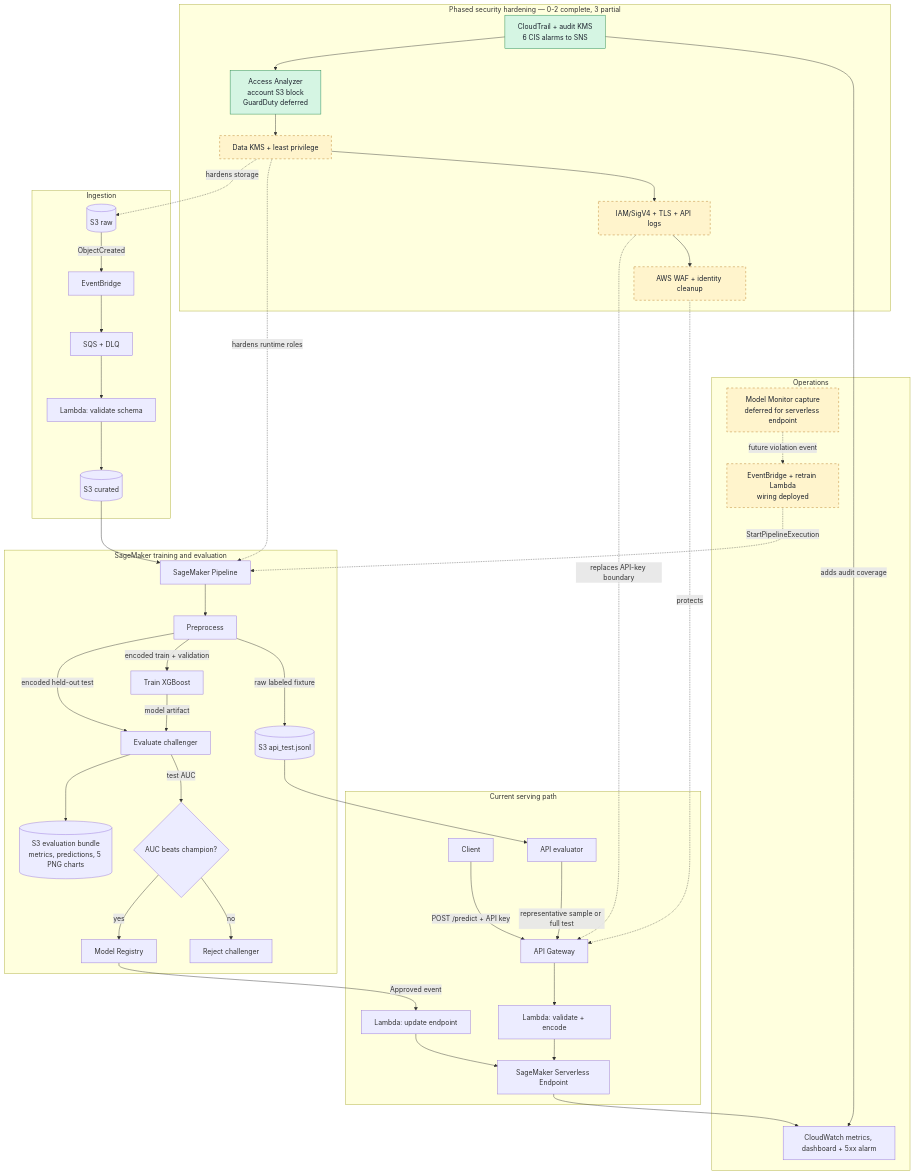
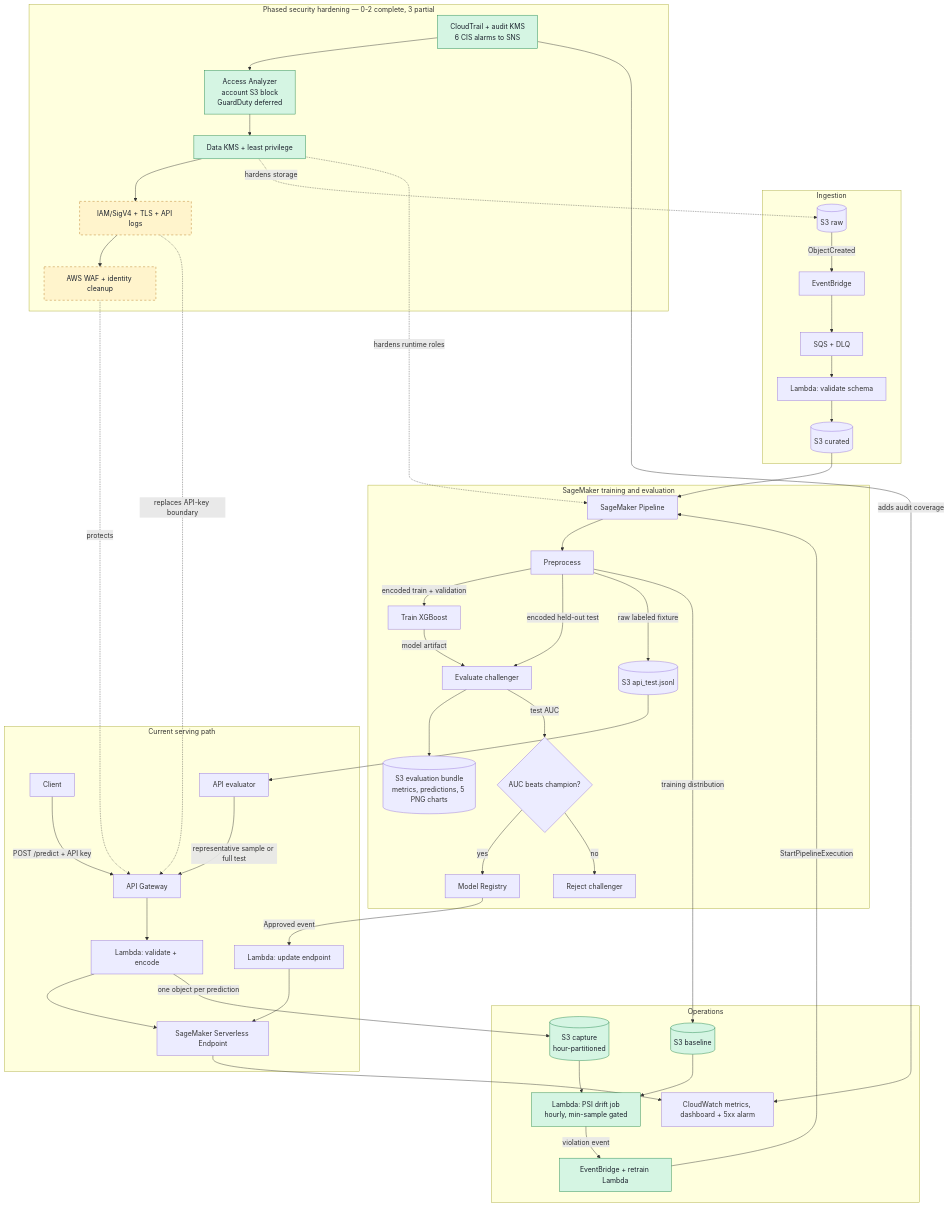
Before and after one commit to emanuelGitCodes/aws-mlops-platform: the diagram in README.md, drawn with Mermaid. The commit also changed other lines of this file and 29 other files, not shown here.

````diff
--- a/README.md
+++ b/README.md
@@ -9,57 +9,60 @@
 ```mermaid
 flowchart TB
     subgraph Ingest["Ingestion"]
         RAW[(S3 raw)] -->|ObjectCreated| EB1[EventBridge]
         EB1 --> Q[SQS + DLQ]
         Q --> LV[Lambda: validate schema]
         LV --> CUR[(S3 curated)]
     end
 
     subgraph Train["SageMaker training and evaluation"]
         CUR --> PIPE[SageMaker Pipeline]
         PIPE --> PRE[Preprocess]
         PRE -->|encoded train + validation| TR[Train XGBoost]
         PRE -->|encoded held-out test| EV[Evaluate challenger]
         TR -->|model artifact| EV
         PRE -->|raw labeled fixture| FIX[(S3 api_test.jsonl)]
         EV --> REPORTS[(S3 evaluation bundle<br/>metrics, predictions, 5 PNG charts)]
         EV -->|test AUC| GATE{AUC beats champion?}
         GATE -->|yes| REG[Model Registry]
         GATE -->|no| STOP[Reject challenger]
     end
 
     subgraph Serve["Current serving path"]
         REG -->|Approved event| DEP[Lambda: update endpoint]
         DEP --> EP[SageMaker Serverless Endpoint]
         CLIENT[Client] -->|POST /predict + API key| APIGW[API Gateway]
         APIGW --> LI[Lambda: validate + encode]
         LI --> EP
         FIX --> CHECK[API evaluator]
         CHECK -->|representative sample or full test| APIGW
     end
 
     subgraph Ops["Operations"]
         EP --> CW[CloudWatch metrics, dashboard + 5xx alarm]
-        MM[Model Monitor capture<br/>deferred for serverless endpoint]
-        MM -. future violation event .-> RETRAIN[EventBridge + retrain Lambda<br/>wiring deployed]
-        RETRAIN -. StartPipelineExecution .-> PIPE
+        LI -->|one object per prediction| CAP[(S3 capture<br/>hour-partitioned)]
+        PRE -->|training distribution| BASE[(S3 baseline)]
+        CAP --> DRIFT[Lambda: PSI drift job<br/>hourly, min-sample gated]
+        BASE --> DRIFT
+        DRIFT -->|violation event| RETRAIN[EventBridge + retrain Lambda]
+        RETRAIN -->|StartPipelineExecution| PIPE
     end
 
     subgraph Security["Phased security hardening — 0-2 complete, 3 partial"]
         S1[CloudTrail + audit KMS<br/>6 CIS alarms to SNS] --> S1B[Access Analyzer<br/>account S3 block<br/>GuardDuty deferred]
         S1B --> S2[Data KMS + least privilege]
         S2 --> S3[IAM/SigV4 + TLS + API logs]
         S3 --> S4[AWS WAF + identity cleanup]
     end
 
     S1 -->|adds audit coverage| CW
     S2 -. hardens storage .-> RAW
     S2 -. hardens runtime roles .-> PIPE
     S3 -. replaces API-key boundary .-> APIGW
     S4 -. protects .-> APIGW
 
     classDef planned fill:#fff4cc,stroke:#b7791f,stroke-dasharray:5 5,color:#1a202c
     classDef done fill:#d5f5e3,stroke:#1e8449,color:#1a202c
-    class MM,RETRAIN,S2,S3,S4 planned
-    class S1,S1B done
+    class S3,S4 planned
+    class S1,S1B,S2,CAP,BASE,DRIFT,RETRAIN done
 ```
````
